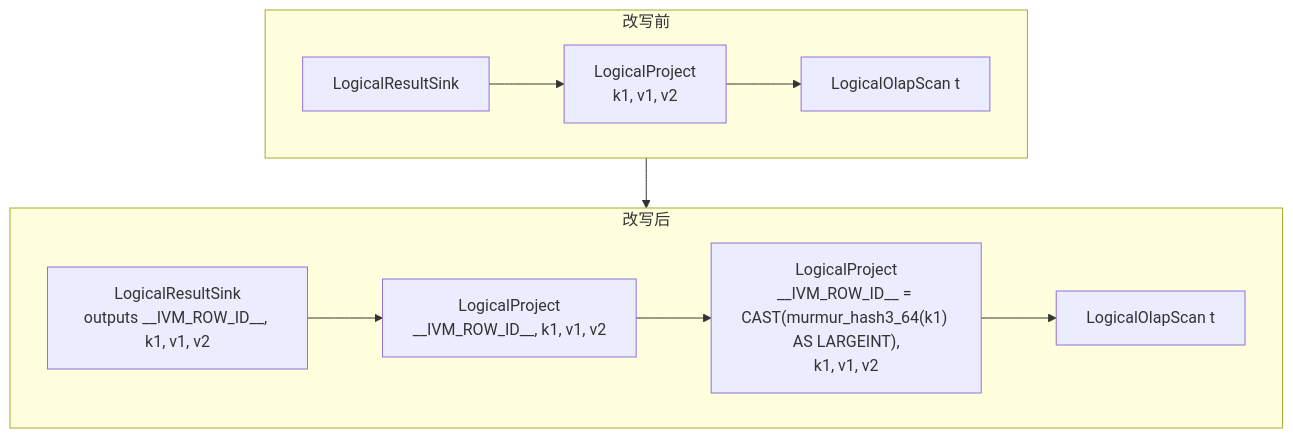
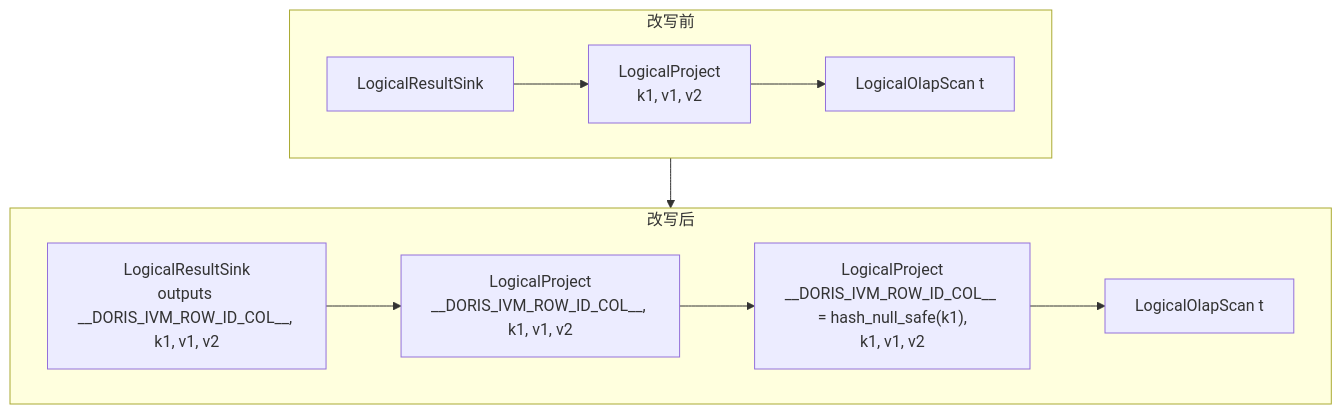
The fourth of 9 diagrams in docs/ivm_design.md (seawinde/doris), drawn with Mermaid before and after one commit. The commit also changed other lines of this file, not shown here.

First line of the commit message:
[doc](docs) Expand IVM design examples

````diff
--- a/docs/ivm_design.md
+++ b/docs/ivm_design.md
@@ -305,13 +307,13 @@
 ```mermaid
 flowchart TB
   subgraph Before["改写前"]
     SK1["LogicalResultSink"] --> P1["LogicalProject<br/>k1, v1, v2"]
     P1 --> SC1["LogicalOlapScan t"]
   end
   subgraph After["改写后"]
-    SK2["LogicalResultSink<br/>outputs __IVM_ROW_ID__, k1, v1, v2"] --> P2["LogicalProject<br/>__IVM_ROW_ID__, k1, v1, v2"]
-    P2 --> P3["LogicalProject<br/>__IVM_ROW_ID__ = CAST(murmur_hash3_64(k1) AS LARGEINT),<br/>k1, v1, v2"]
+    SK2["LogicalResultSink<br/>outputs __DORIS_IVM_ROW_ID_COL__, k1, v1, v2"] --> P2["LogicalProject<br/>__DORIS_IVM_ROW_ID_COL__, k1, v1, v2"]
+    P2 --> P3["LogicalProject<br/>__DORIS_IVM_ROW_ID_COL__ = hash_null_safe(k1),<br/>k1, v1, v2"]
     P3 --> SC2["LogicalOlapScan t"]
   end
   Before --> After
 ```
````
